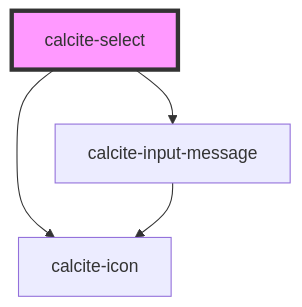
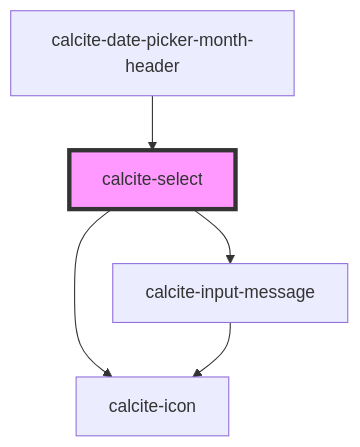
The diagram in packages/calcite-components/src/components/select/readme.md (Esri/calcite-design-system), drawn with Mermaid before and after one commit. The commit also changed other lines of this file and 10 other files, not shown here.

````diff
--- a/packages/calcite-components/src/components/select/readme.md
+++ b/packages/calcite-components/src/components/select/readme.md
@@ -63,7 +68,8 @@
 ```mermaid
 graph TD;
   calcite-select --> calcite-icon
   calcite-select --> calcite-input-message
   calcite-input-message --> calcite-icon
+  calcite-date-picker-month-header --> calcite-select
   style calcite-select fill:#f9f,stroke:#333,stroke-width:4px
 ```
````
